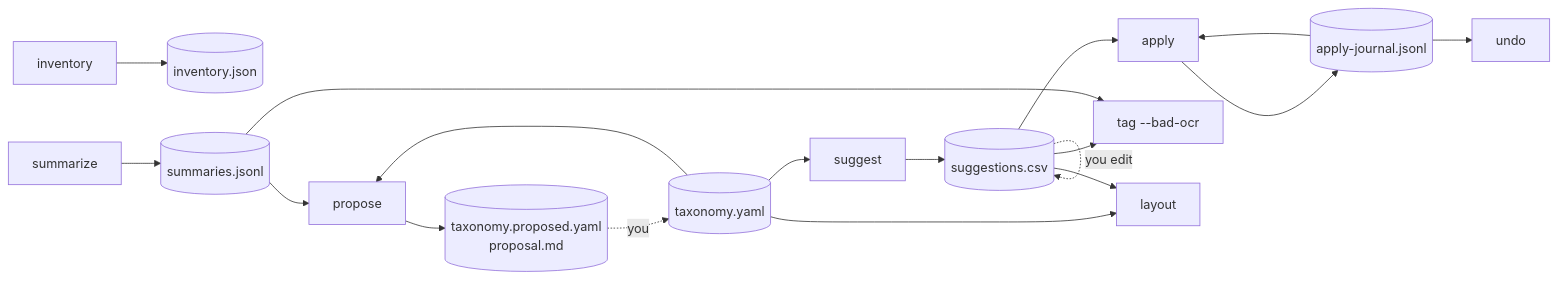
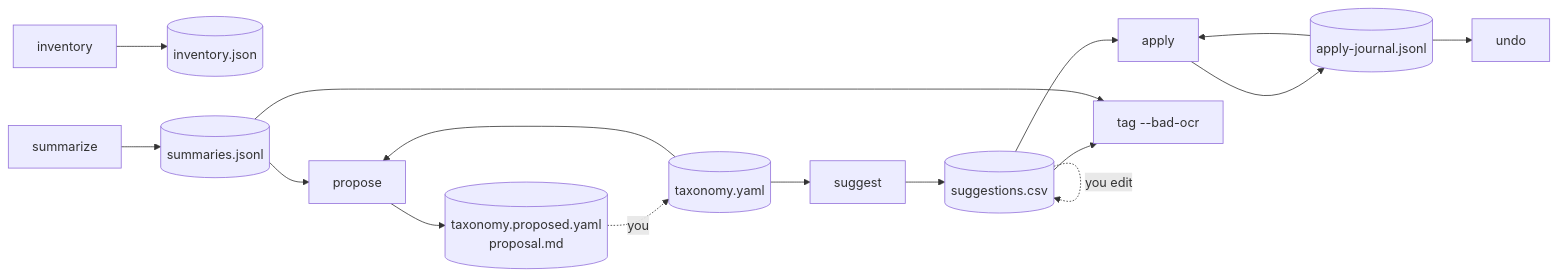
The sixth of 6 diagrams in kubernetes/apps/default/paperless/tools/README.md (qnimbus/home-lab), drawn with Mermaid before and after one commit. The commit also changed other lines of this file and 3 other files, not shown here.

````diff
--- a/kubernetes/apps/default/paperless/tools/README.md
+++ b/kubernetes/apps/default/paperless/tools/README.md
@@ -154,20 +139,18 @@
 ```mermaid
 flowchart LR
   s_inv["inventory"] --> f_inv[("inventory.json")]
   s_sum["summarize"] --> f_sum[("summaries.jsonl")]
   f_sum --> s_prop["propose"]
   s_prop --> f_prop[("taxonomy.proposed.yaml<br/>proposal.md")]
   f_prop -. you .-> f_tax[("taxonomy.yaml")]
   f_tax --> s_prop
   f_tax --> s_sug["suggest"]
   s_sug --> f_csv[("suggestions.csv")]
   f_csv -. you edit .-> f_csv
   f_csv --> s_app["apply"]
   s_app --> f_jnl[("apply-journal.jsonl")]
   f_jnl --> s_app
   f_jnl --> s_undo["undo"]
   f_csv --> s_tag["tag --bad-ocr"]
   f_sum --> s_tag
-  f_tax --> s_lay["layout"]
-  f_csv --> s_lay
 ```
````
